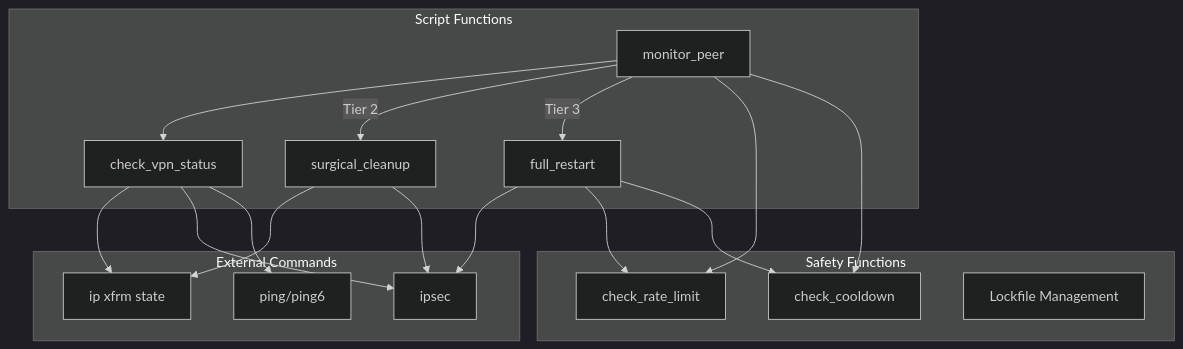
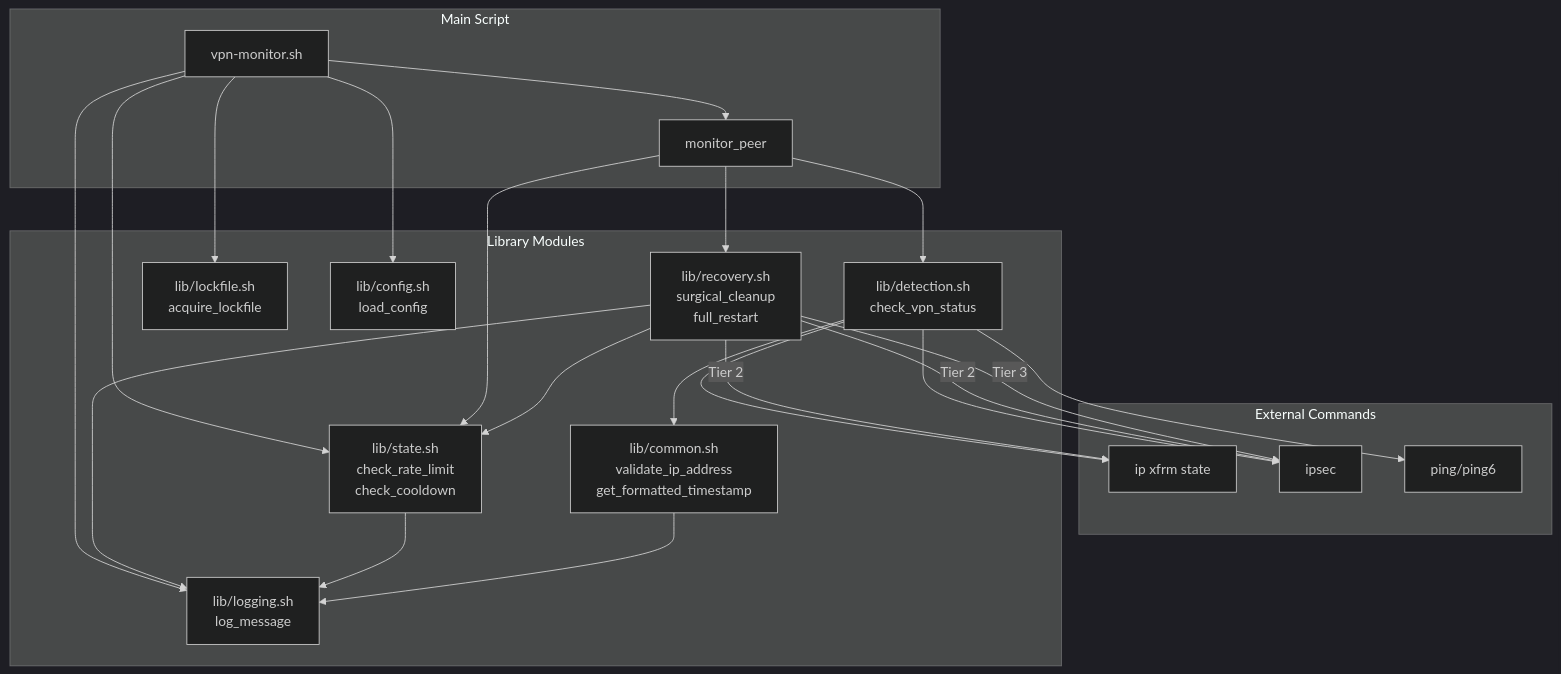
Before and after one commit to Eccentric-Quality-Solutions/udm-vpn-monitor: the sixth of 6 diagrams in ARCHITECTURE.md, drawn with Mermaid (dark theme). The commit also changed other lines of this file and 12 other files, not shown here.

````diff
--- a/ARCHITECTURE.md
+++ b/ARCHITECTURE.md
@@ -321,39 +653,47 @@
 ```mermaid
 graph TB
     subgraph "External Commands"
         IP[ip xfrm state]
         Ipsec[ipsec]
         PingCmd[ping/ping6]
     end
     
-    subgraph "Script Functions"
-        CheckVPN[check_vpn_status]
+    subgraph "Main Script"
+        MainScript[vpn-monitor.sh]
         MonitorPeer[monitor_peer]
-        SurgicalCleanup[surgical_cleanup]
-        FullRestart[full_restart]
     end
     
-    subgraph "Safety Functions"
-        RateLimit[check_rate_limit]
-        Cooldown[check_cooldown]
-        Lockfile[Lockfile Management]
+    subgraph "Library Modules"
+        DetectionLib[lib/detection.sh<br/>check_vpn_status]
+        RecoveryLib[lib/recovery.sh<br/>surgical_cleanup<br/>full_restart]
+        StateLib[lib/state.sh<br/>check_rate_limit<br/>check_cooldown]
+        LockfileLib[lib/lockfile.sh<br/>acquire_lockfile]
+        ConfigLib[lib/config.sh<br/>load_config]
+        LoggingLib[lib/logging.sh<br/>log_message]
+        CommonLib[lib/common.sh<br/>validate_ip_address<br/>get_formatted_timestamp]
     end
     
-    MonitorPeer --> CheckVPN
-    CheckVPN --> IP
-    CheckVPN --> Ipsec
-    CheckVPN --> PingCmd
+    MainScript --> LockfileLib
+    MainScript --> ConfigLib
+    MainScript --> StateLib
+    MainScript --> LoggingLib
+    MainScript --> MonitorPeer
     
-    MonitorPeer -->|Tier 2| SurgicalCleanup
-    MonitorPeer -->|Tier 3| FullRestart
+    MonitorPeer --> DetectionLib
+    MonitorPeer --> RecoveryLib
+    MonitorPeer --> StateLib
     
-    SurgicalCleanup --> IP
-    SurgicalCleanup --> Ipsec
+    DetectionLib --> IP
+    DetectionLib --> Ipsec
+    DetectionLib --> PingCmd
+    DetectionLib --> CommonLib
     
-    FullRestart --> Ipsec
-    FullRestart --> RateLimit
-    FullRestart --> Cooldown
+    RecoveryLib -->|Tier 2| IP
+    RecoveryLib -->|Tier 2| Ipsec
+    RecoveryLib -->|Tier 3| Ipsec
+    RecoveryLib --> StateLib
+    RecoveryLib --> LoggingLib
     
-    MonitorPeer --> RateLimit
-    MonitorPeer --> Cooldown
+    StateLib --> LoggingLib
+    CommonLib --> LoggingLib
 ```
````
